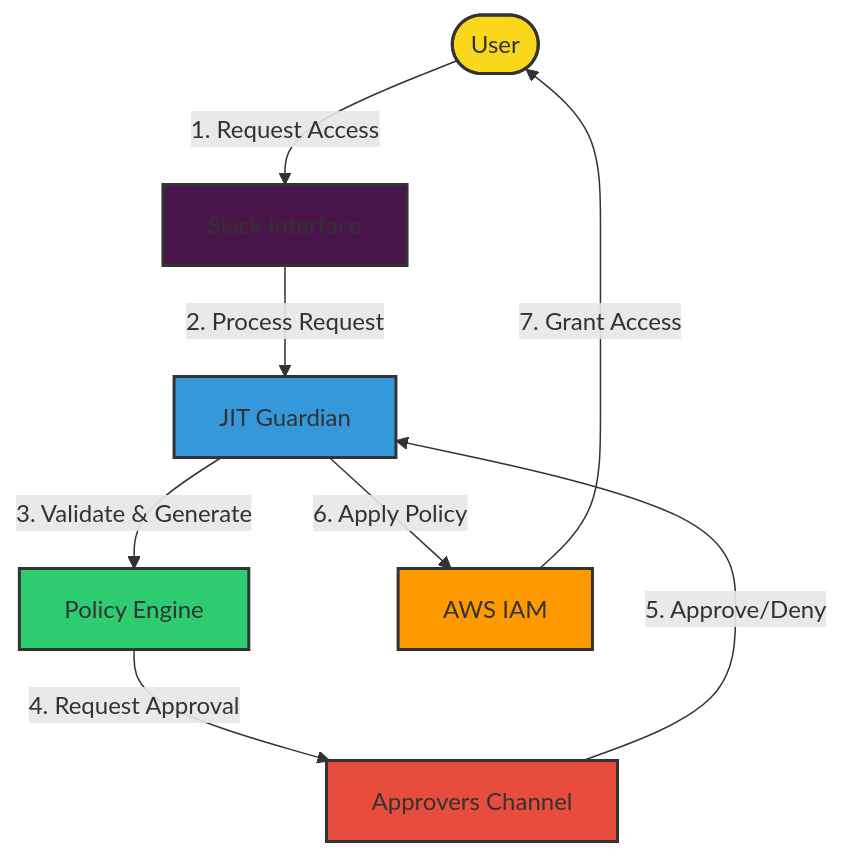
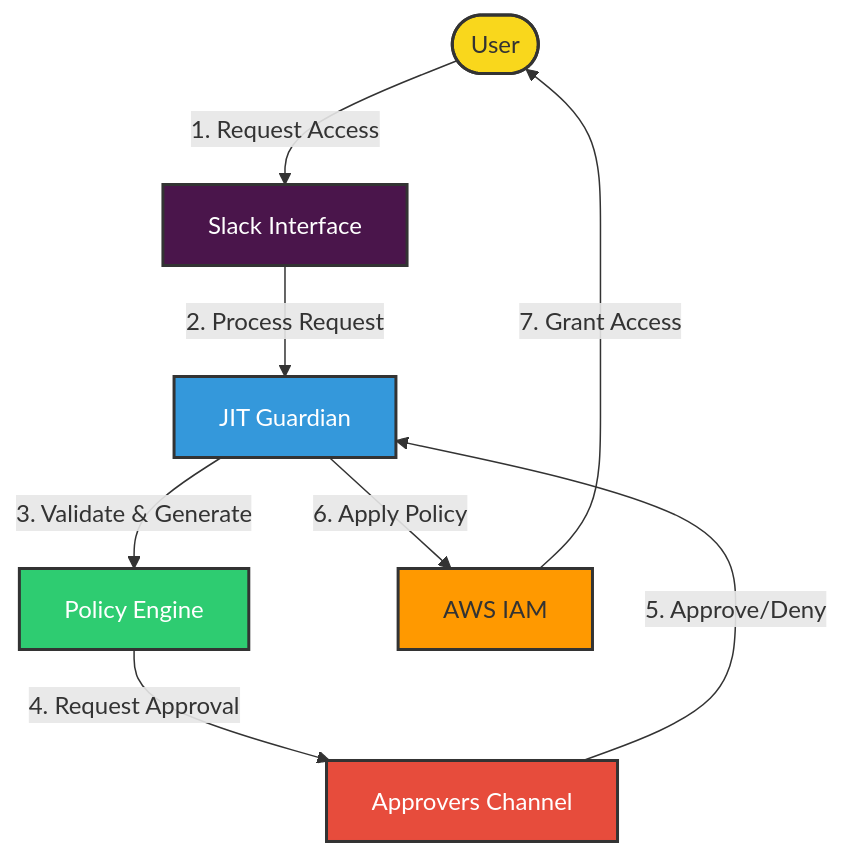
Before and after one commit to kubiyabot/terraform-modules: the first of 5 diagrams in jit-permissions-guardians/terraform/README.md, drawn with Mermaid.

Commit message:
fixed flowcharts

````diff
--- a/jit-permissions-guardians/terraform/README.md
+++ b/jit-permissions-guardians/terraform/README.md
@@ -13,31 +13,31 @@
 ```mermaid
 flowchart TD
     User([User])
     Slack[Slack Interface]
     Guardian[JIT Guardian]
     Policy[Policy Engine]
     Approvers[Approvers Channel]
     AWS[AWS IAM]
 
     User -->|1. Request Access| Slack
     Slack -->|2. Process Request| Guardian
     Guardian -->|3. Validate & Generate| Policy
     Policy -->|4. Request Approval| Approvers
     Approvers -->|5. Approve/Deny| Guardian
     Guardian -->|6. Apply Policy| AWS
     AWS -->|7. Grant Access| User
 
     classDef user fill:#f9d71c,stroke:#333,stroke-width:2px
-    classDef slack fill:#4A154B,stroke:#333,stroke-width:2px
-    classDef guardian fill:#3498db,stroke:#333,stroke-width:2px
-    classDef policy fill:#2ecc71,stroke:#333,stroke-width:2px
-    classDef approvers fill:#e74c3c,stroke:#333,stroke-width:2px
+    classDef slack fill:#4A154B,stroke:#333,stroke-width:2px,color:white
+    classDef guardian fill:#3498db,stroke:#333,stroke-width:2px,color:white
+    classDef policy fill:#2ecc71,stroke:#333,stroke-width:2px,color:white
+    classDef approvers fill:#e74c3c,stroke:#333,stroke-width:2px,color:white
     classDef aws fill:#FF9900,stroke:#333,stroke-width:2px
 
     class User user
     class Slack slack
     class Guardian guardian
     class Policy policy
     class Approvers approvers
     class AWS aws
 ```
````
